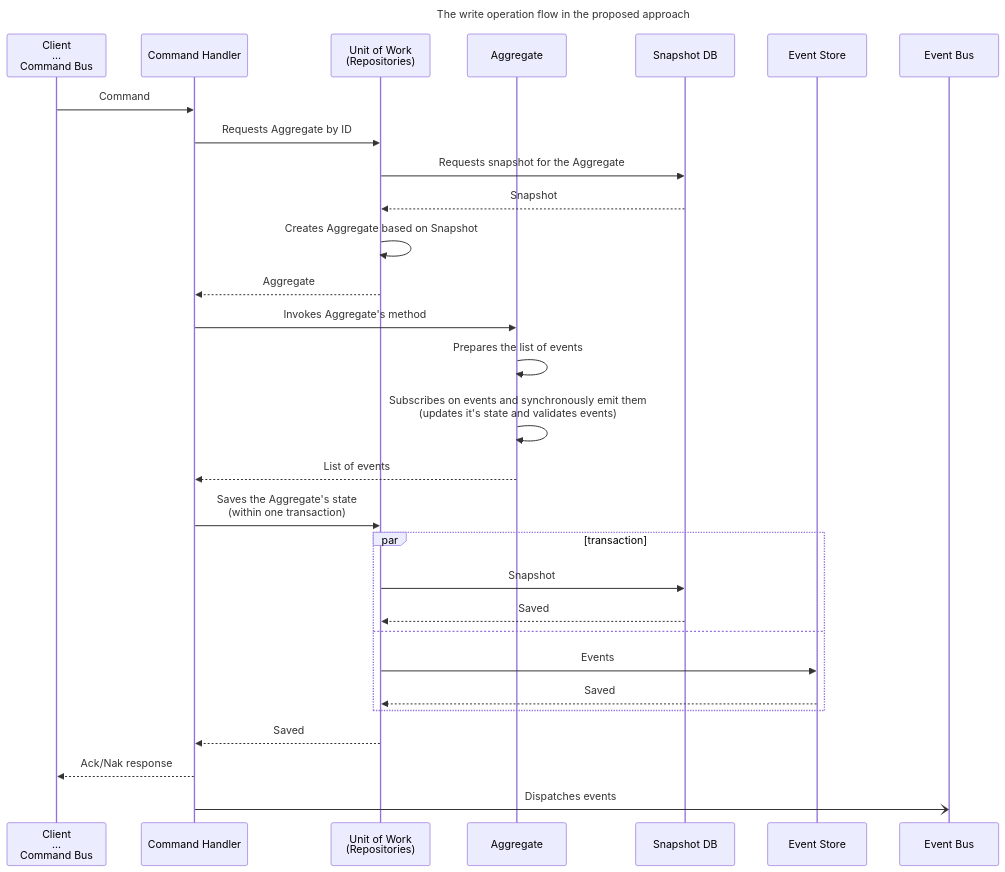
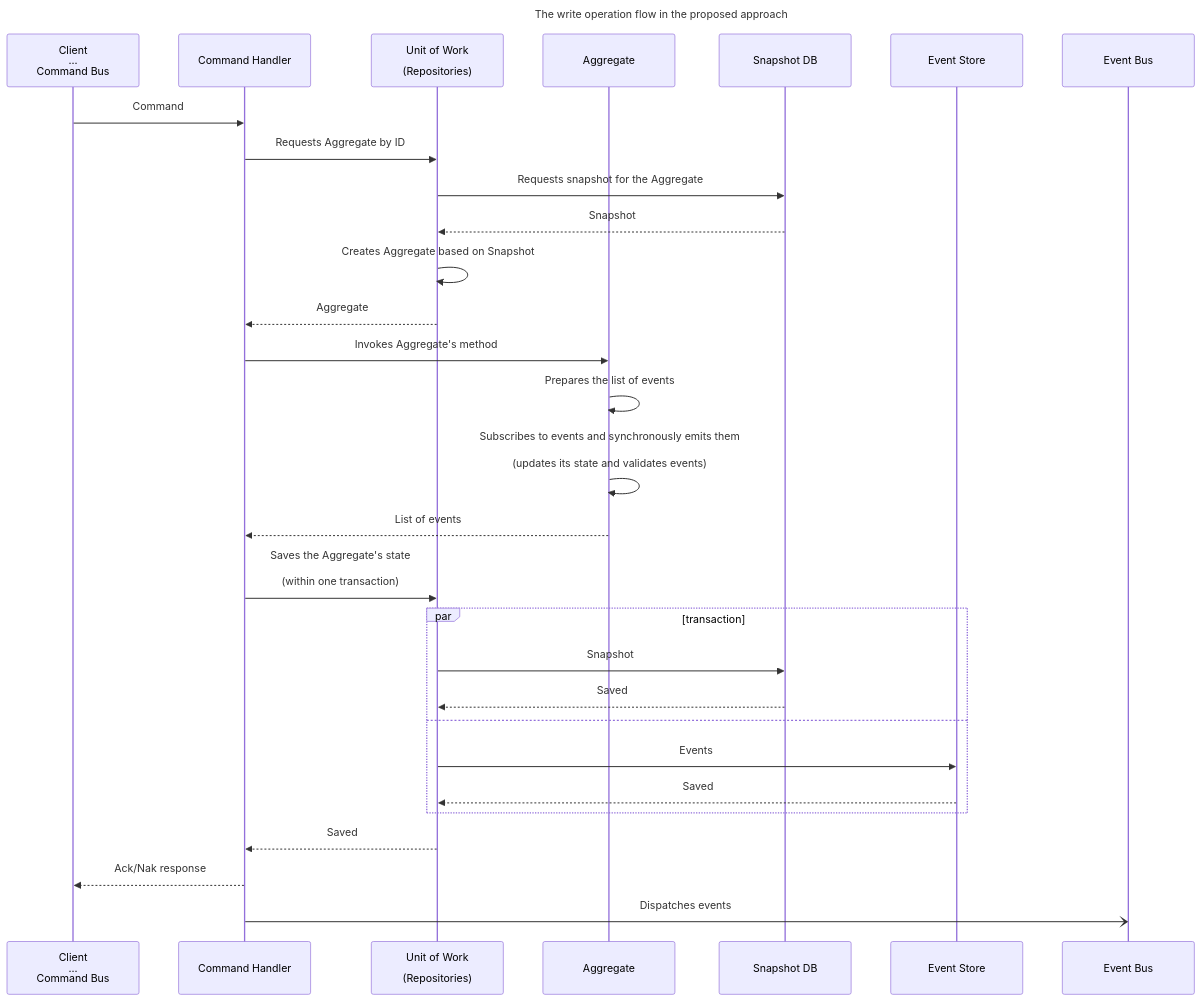
Before and after one commit to dmitryhruzin/CQRS-variations-test: the sixth of 8 diagrams in docs/cqrs-modification.md, drawn with Mermaid. The commit also changed other lines of this file and 1 other file, not shown here.

````diff
--- a/docs/cqrs-modification.md
+++ b/docs/cqrs-modification.md
@@ -109,35 +227,42 @@
 ```mermaid
 ---
 title: The write operation flow in the proposed approach
+config:
+  sequence:
+    width: 200
+    height: 80
+    actorMargin: 60
+    boxMargin: 15
+    messageMargin: 45
 ---
   sequenceDiagram 
     participant c as Client<br>...<br>Command Bus
     participant ch as Command Handler
-    participant r as Unit of Work<br>(Repositories)
+    participant r as Unit of Work<br><br>(Repositories)
     participant a as Aggregate
     participant sdb as Snapshot DB
     participant es as Event Store
     participant eb as Event Bus
 
     c->>ch: Command
     ch->>r: Requests Aggregate by ID
     r->>sdb: Requests snapshot for the Aggregate
     sdb-->>r: Snapshot
     r->>r: Creates Aggregate based on Snapshot
     r-->>ch: Aggregate
     ch->>a: Invokes Aggregate's method
     a->>a: Prepares the list of events
-    a->>a: Subscribes on events and synchronously emit them<br>(updates it's state and validates events)
+    a->>a: Subscribes to events and synchronously emits them<br><br>(updates its state and validates events)
     a-->>ch: List of events
-    ch->>r: Saves the Aggregate's state<br>(within one transaction)
+    ch->>r: Saves the Aggregate's state<br><br>(within one transaction)
     par transaction
         r->>sdb: Snapshot
         sdb-->>r: Saved
     and
         r->>es: Events
         es-->>r: Saved
     end
     r-->>ch: Saved
     ch-->>c: Ack/Nak response
     ch-)eb: Dispatches events
 ```
````
